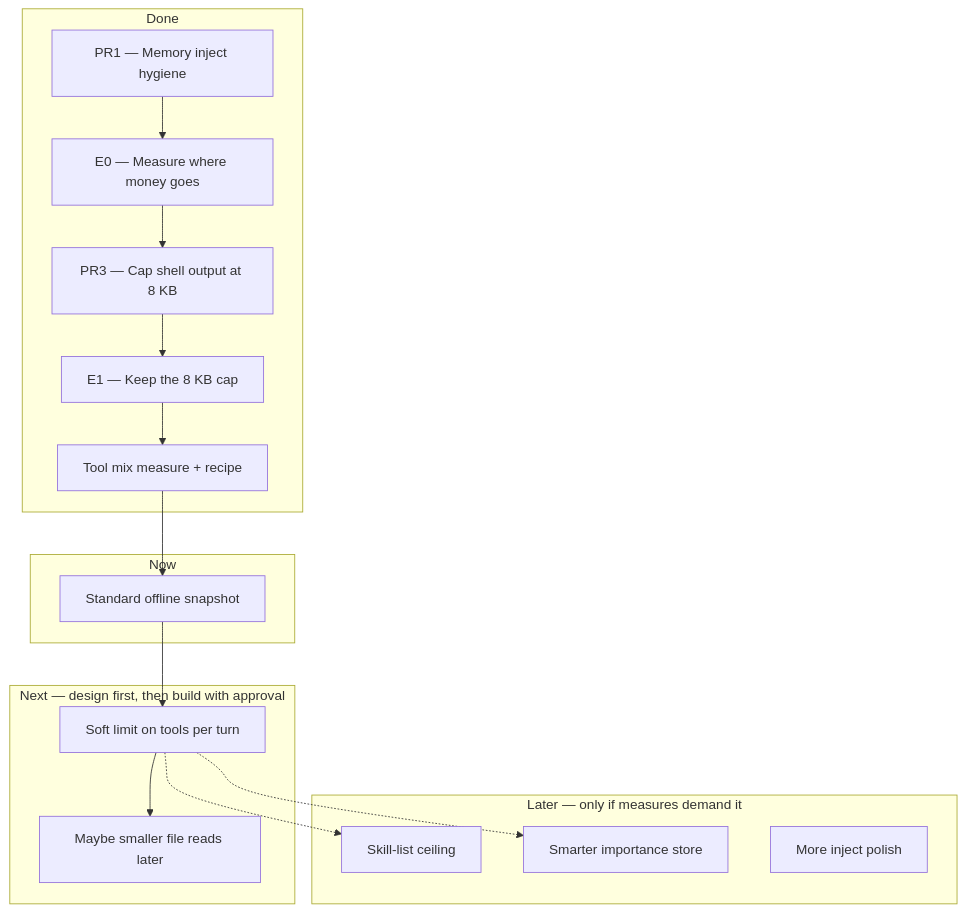
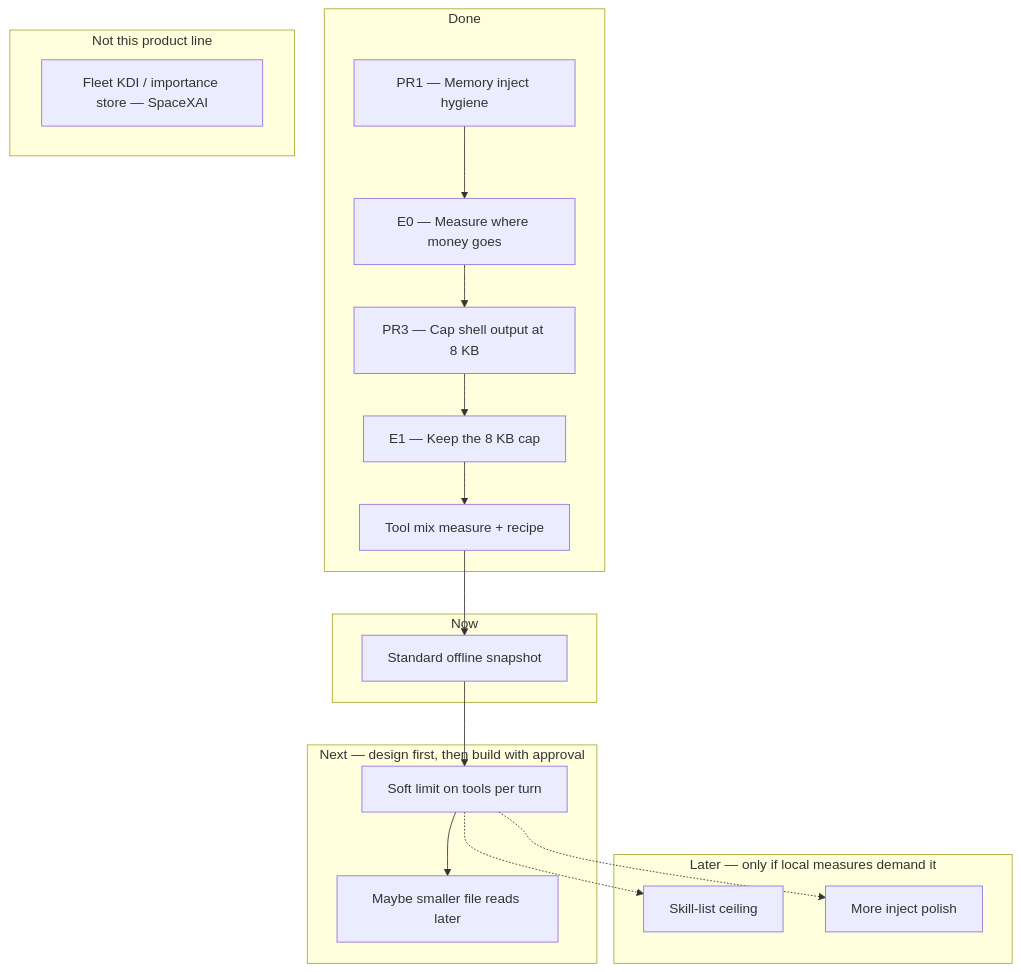
One commit to p10ns11y/grok-build changed the third of 6 diagrams in intelli-arch-designs/harness-learning-cost-roadmap.md. Above: the diagram before and after it, drawn with Mermaid. The commit also changed other lines of this file, not shown here.

First line of the commit message:
docs(intelli-arch-designs): scope learning loop to local only

````diff
--- a/intelli-arch-designs/harness-learning-cost-roadmap.md
+++ b/intelli-arch-designs/harness-learning-cost-roadmap.md
@@ -57,35 +92,38 @@
 ```mermaid
 flowchart TB
   subgraph done [Done]
     PR1[PR1 — Memory inject hygiene]
     E0[E0 — Measure where money goes]
     PR3[PR3 — Cap shell output at 8 KB]
     E1[E1 — Keep the 8 KB cap]
     MIX[Tool mix measure + recipe]
   end
 
   subgraph now [Now]
     RECIPE[Standard offline snapshot]
   end
 
   subgraph next [Next — design first, then build with approval]
     CALL[Soft limit on tools per turn]
     READ[Maybe smaller file reads later]
   end
 
-  subgraph later [Later — only if measures demand it]
+  subgraph later [Later — only if local measures demand it]
     SKILL[Skill-list ceiling]
-    KDI[Smarter importance store]
     INJ[More inject polish]
+  end
+
+  subgraph never_here [Not this product line]
+    FLEET[Fleet KDI / importance store — SpaceXAI]
   end
 
   PR1 --> E0
   E0 --> PR3
   PR3 --> E1
   E1 --> MIX
   MIX --> RECIPE
   RECIPE --> CALL
   CALL --> READ
   CALL -.-> SKILL
-  CALL -.-> KDI
+  CALL -.-> INJ
 ```
````
